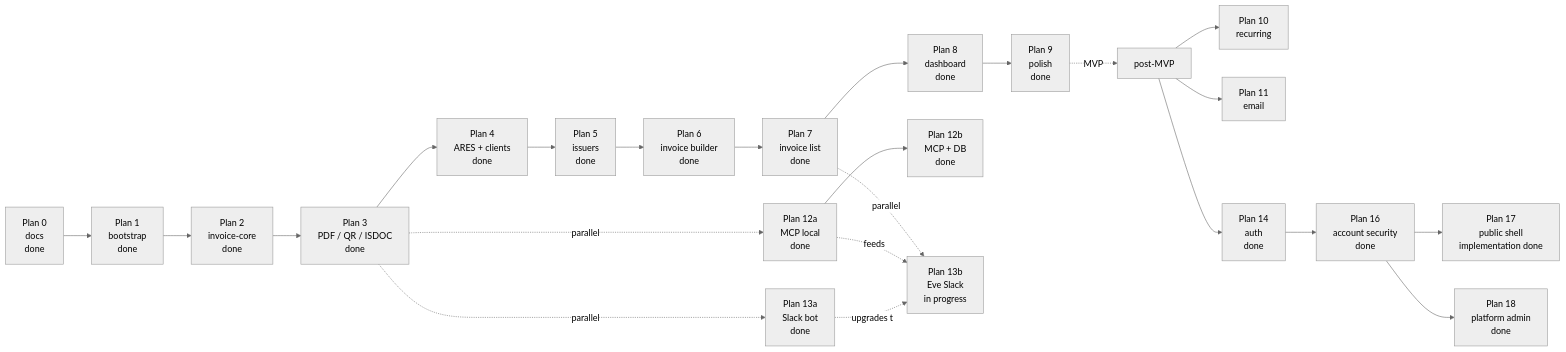
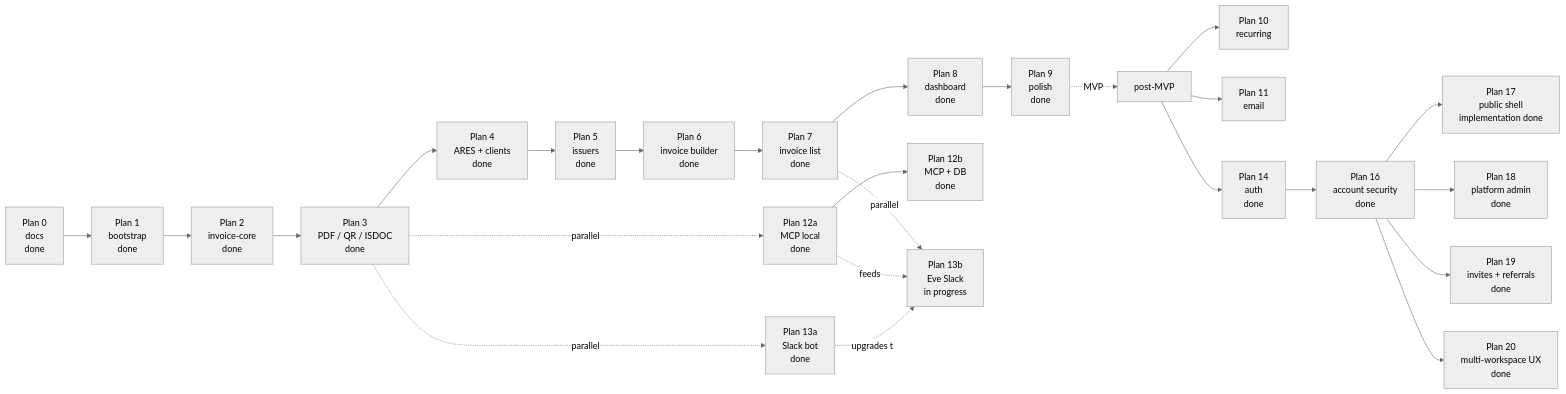
One commit to filipditrich/inveoiceyai changed the diagram in docs/roadmap.md. Above: the diagram before and after it, drawn with Mermaid (neutral theme). The commit also changed other lines of this file and 27 other files, not shown here.

First line of the commit message:
feat(apps/web): add multi-workspace switcher and default alignment

````diff
--- a/docs/roadmap.md
+++ b/docs/roadmap.md
@@ -7,25 +7,27 @@
 ```mermaid
 flowchart LR
     P0["Plan 0<br/>docs<br/>done"] --> P1["Plan 1<br/>bootstrap<br/>done"]
     P1 --> P2["Plan 2<br/>invoice-core<br/>done"]
     P2 --> P3["Plan 3<br/>PDF / QR / ISDOC<br/>done"]
     P3 --> P4["Plan 4<br/>ARES + clients<br/>done"]
     P4 --> P5["Plan 5<br/>issuers<br/>done"]
     P5 --> P6["Plan 6<br/>invoice builder<br/>done"]
     P6 --> P7["Plan 7<br/>invoice list<br/>done"]
     P7 --> P8["Plan 8<br/>dashboard<br/>done"]
     P8 --> P9["Plan 9<br/>polish<br/>done"]
     P3 -.parallel.-> P13a["Plan 13a<br/>Slack bot<br/>done"]
     P3 -.parallel.-> P12a["Plan 12a<br/>MCP local<br/>done"]
     P9 -.MVP.-> Post["post-MVP"]
     Post --> P10["Plan 10<br/>recurring"]
     Post --> P11["Plan 11<br/>email"]
     P12a --> P12b["Plan 12b<br/>MCP + DB<br/>done"]
     P7 -.parallel.-> P13b["Plan 13b<br/>Eve Slack<br/>in progress"]
     Post --> P14["Plan 14<br/>auth<br/>done"]
     P14 --> P16["Plan 16<br/>account security<br/>done"]
     P16 --> P17["Plan 17<br/>public shell<br/>implementation done"]
     P16 --> P18["Plan 18<br/>platform admin<br/>done"]
+    P16 --> P19["Plan 19<br/>invites + referrals<br/>done"]
+    P16 --> P20["Plan 20<br/>multi-workspace UX<br/>done"]
     P12a -.feeds.-> P13b
     P13a -.upgrades to.-> P13b
 ```
````
